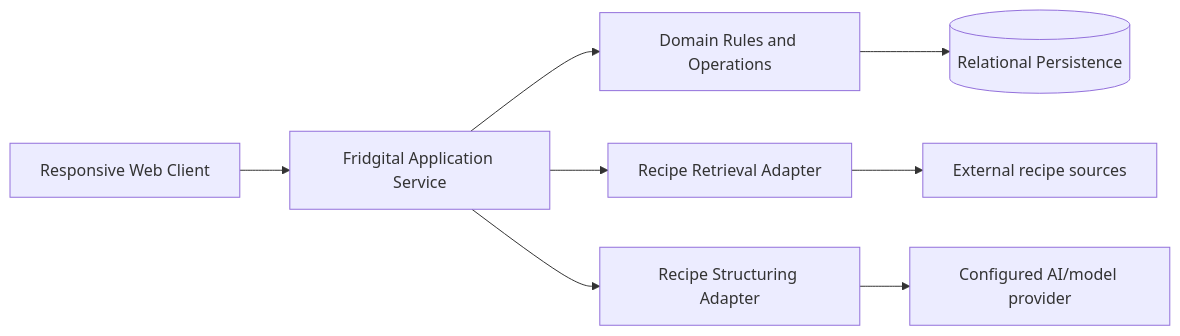
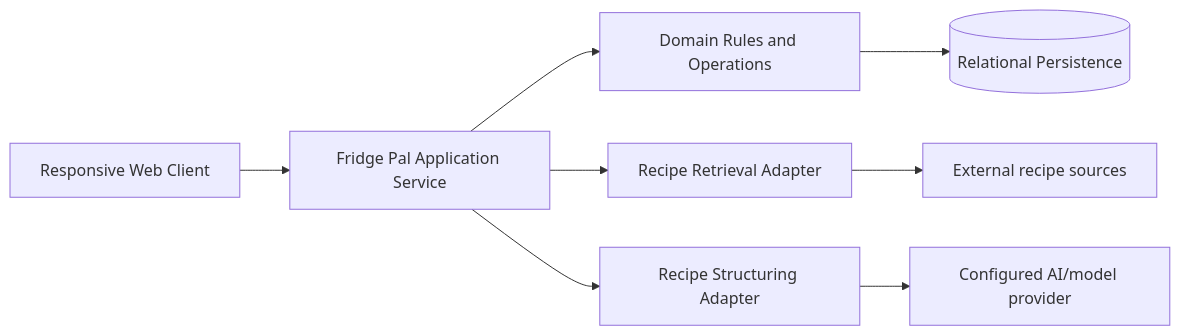
The first of 2 diagrams in docs/DOMAIN_AND_AI_CONTRACTS.md (jyfmidi/FridgePal), drawn with Mermaid before and after one commit. The commit also changed other lines of this file and 31 other files, not shown here.

Commit message:
feat: rename product to Fridge Pal

````diff
--- a/docs/DOMAIN_AND_AI_CONTRACTS.md
+++ b/docs/DOMAIN_AND_AI_CONTRACTS.md
@@ -11,10 +11,10 @@
 ```mermaid
 flowchart LR
-    UI["Responsive Web Client"] --> APP["Fridgital Application Service"]
+    UI["Responsive Web Client"] --> APP["Fridge Pal Application Service"]
     APP --> DOMAIN["Domain Rules and Operations"]
     DOMAIN --> DB[("Relational Persistence")]
     APP --> RET["Recipe Retrieval Adapter"]
     APP --> STR["Recipe Structuring Adapter"]
     RET --> WEB["External recipe sources"]
     STR --> MODEL["Configured AI/model provider"]
 ```
````
